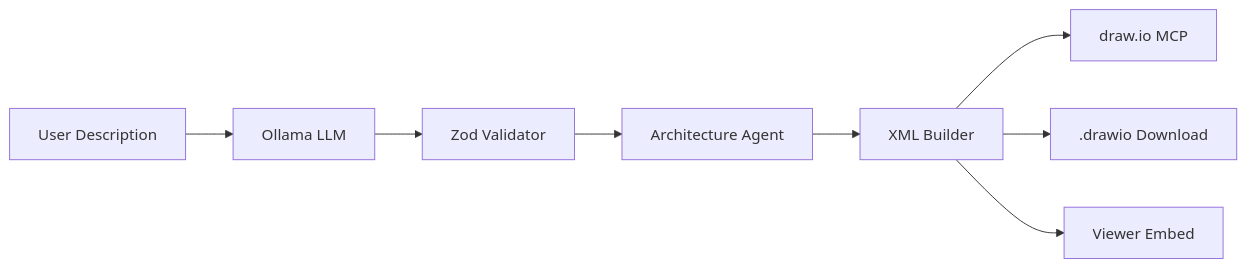
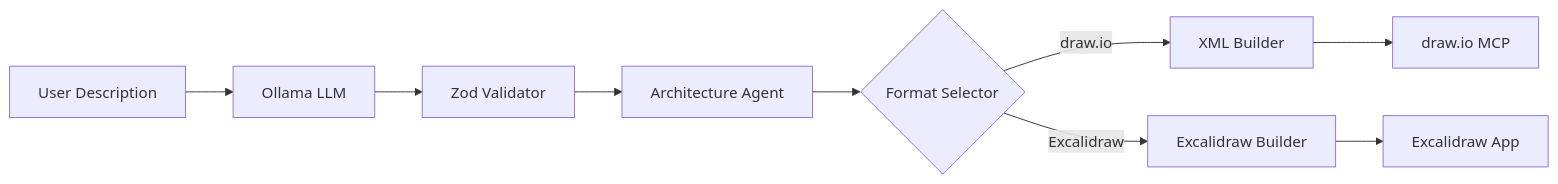
Before and after one commit to harishkotra/SketchStack: the diagram in README.md, drawn with Mermaid. The commit also changed other lines of this file and 13 other files, not shown here.

Commit message:
added excalidraw mcp integration

````diff
--- a/README.md
+++ b/README.md
@@ -36,10 +48,11 @@
 ```mermaid
 graph LR
     A[User Description] --> B[Ollama LLM]
     B --> C[Zod Validator]
     C --> D[Architecture Agent]
-    D --> E[XML Builder]
-    E --> F[draw.io MCP]
-    E --> G[.drawio Download]
-    E --> H[Viewer Embed]
+    D --> E{Format Selector}
+    E -->|draw.io| F[XML Builder]
+    E -->|Excalidraw| G[Excalidraw Builder]
+    F --> H[draw.io MCP]
+    G --> I[Excalidraw App]
 ```
````
